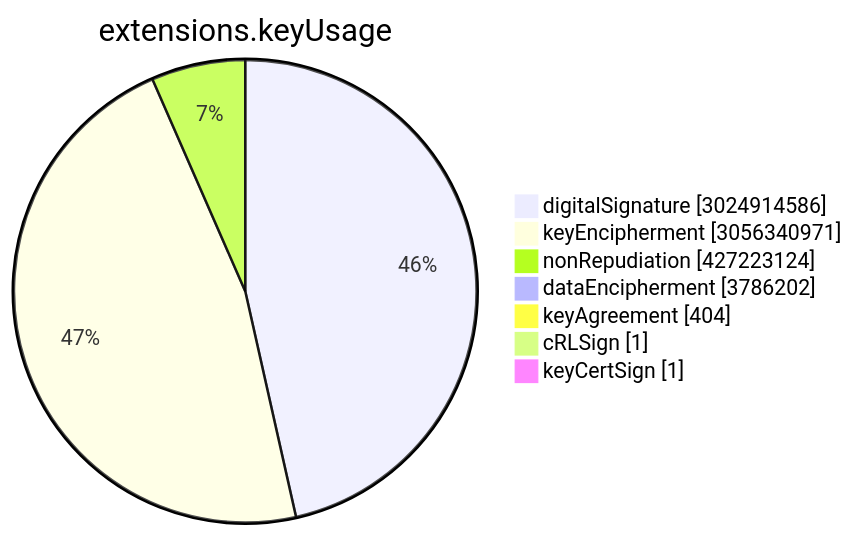
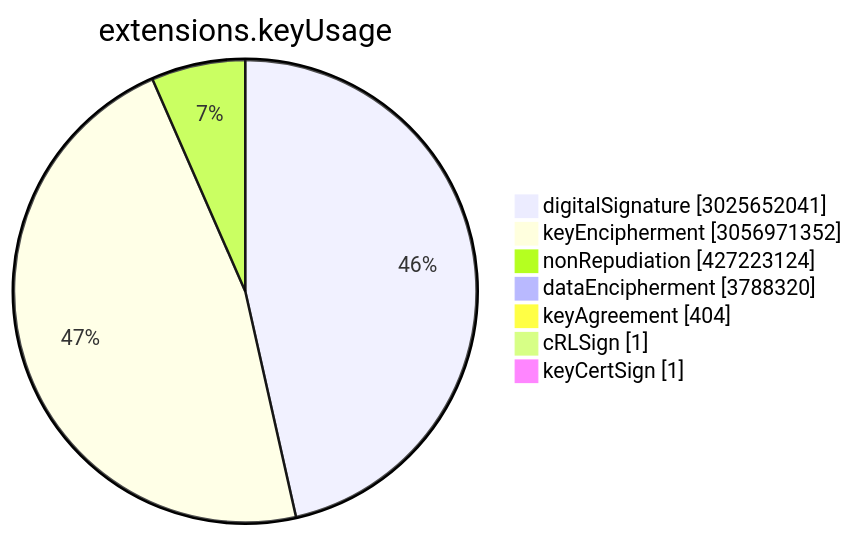
One commit to christiankrug/ctmonitor_visualization changed the sixth of 15 diagrams in TOTAL/README.md. Above: the diagram before and after it, drawn with Mermaid. The commit also changed other lines of this file, not shown here.

````diff
--- a/TOTAL/README.md
+++ b/TOTAL/README.md
@@ -3077,11 +3077,11 @@
 ```mermaid
 pie showData
 title extensions.keyUsage
-"digitalSignature" :3024914586
-"keyEncipherment" :3056340971
+"digitalSignature" :3025652041
+"keyEncipherment" :3056971352
 "nonRepudiation" :427223124
-"dataEncipherment" :3786202
+"dataEncipherment" :3788320
 "keyAgreement" :404
 "cRLSign" :1
 "keyCertSign" :1
 ```
````
